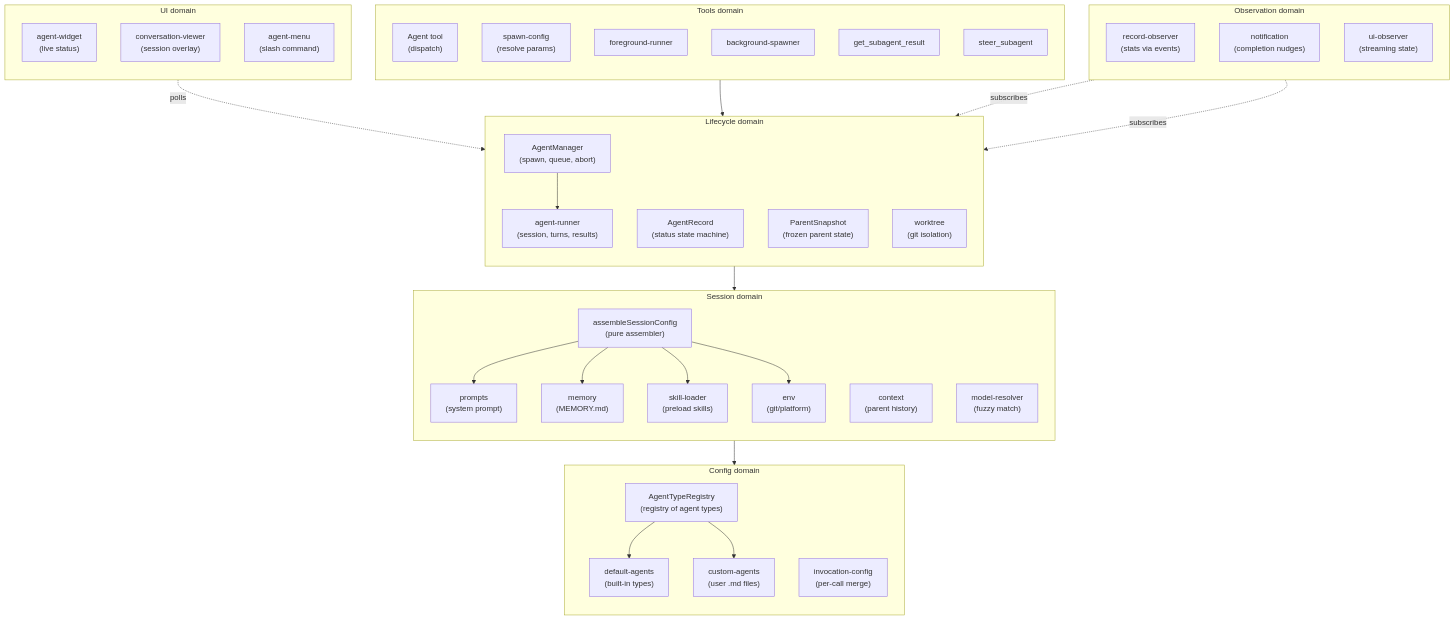
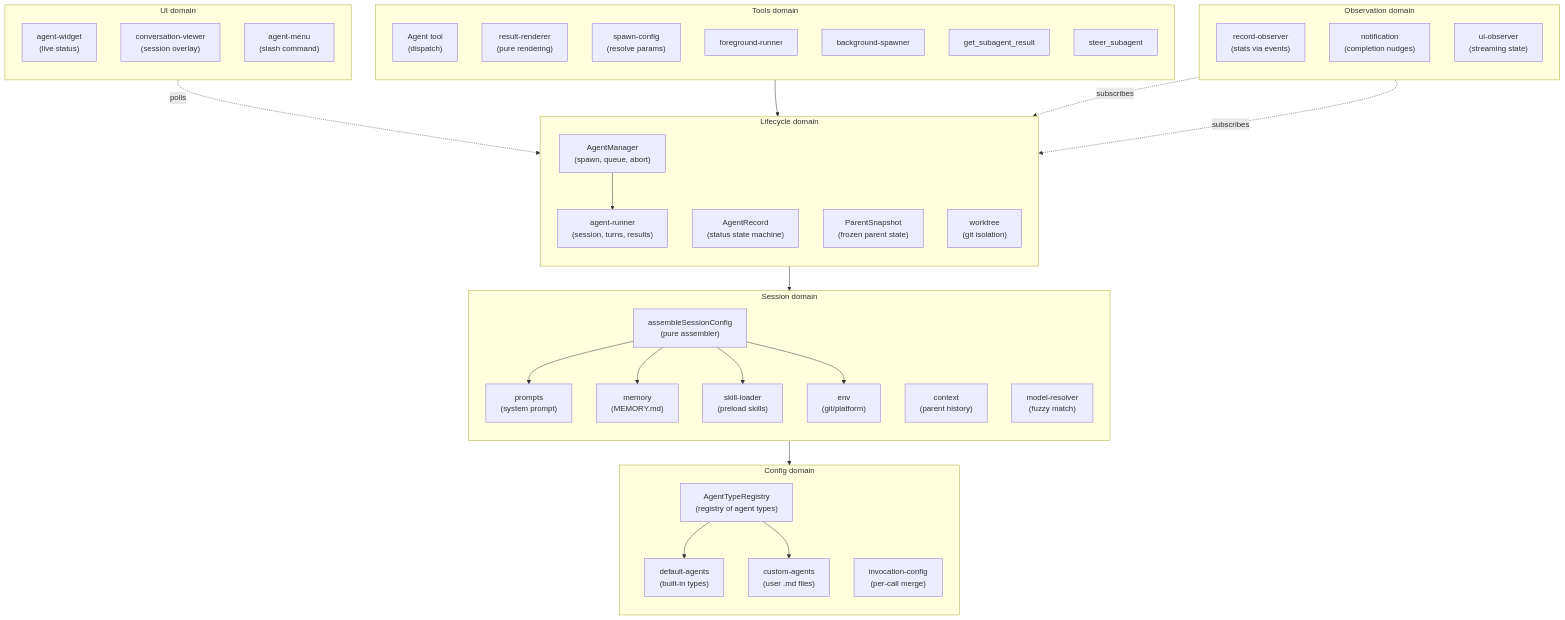
One commit to ttdua/pi-subagents changed the first of 6 diagrams in docs/architecture/architecture.md. Above: the diagram before and after it, drawn with Mermaid. The commit also changed other lines of this file, not shown here.

First line of the commit message:
docs: update architecture and skill for result-renderer (#171)

````diff
--- a/docs/architecture/architecture.md
+++ b/docs/architecture/architecture.md
@@ -30,64 +30,65 @@
 ```mermaid
 flowchart TB
     subgraph config["Config domain"]
         direction TB
         AgentTypeRegistry["AgentTypeRegistry\n(registry of agent types)"]
         DefaultAgents["default-agents\n(built-in types)"]
         CustomAgents["custom-agents\n(user .md files)"]
         InvocationConfig["invocation-config\n(per-call merge)"]
     end
 
     subgraph session["Session domain"]
         direction TB
         SessionConfig["assembleSessionConfig\n(pure assembler)"]
         Prompts["prompts\n(system prompt)"]
         Context["context\n(parent history)"]
         Memory["memory\n(MEMORY.md)"]
         SkillLoader["skill-loader\n(preload skills)"]
         Env["env\n(git/platform)"]
         ModelResolver["model-resolver\n(fuzzy match)"]
     end
 
     subgraph lifecycle["Lifecycle domain"]
         direction TB
         AgentManager["AgentManager\n(spawn, queue, abort)"]
         AgentRunner["agent-runner\n(session, turns, results)"]
         AgentRecord["AgentRecord\n(status state machine)"]
         ParentSnapshot["ParentSnapshot\n(frozen parent state)"]
         Worktree["worktree\n(git isolation)"]
     end
 
     subgraph observation["Observation domain"]
         direction TB
         RecordObserver["record-observer\n(stats via events)"]
         Notification["notification\n(completion nudges)"]
         UIObserver["ui-observer\n(streaming state)"]
     end
 
     subgraph tools["Tools domain"]
         direction TB
         AgentTool["Agent tool\n(dispatch)"]
+        ResultRenderer["result-renderer\n(pure rendering)"]
         SpawnConfig["spawn-config\n(resolve params)"]
         FgRunner["foreground-runner"]
         BgSpawner["background-spawner"]
         GetResult["get_subagent_result"]
         Steer["steer_subagent"]
     end
 
     subgraph ui["UI domain"]
         direction TB
         Widget["agent-widget\n(live status)"]
         ConvViewer["conversation-viewer\n(session overlay)"]
         Menu["agent-menu\n(slash command)"]
     end
 
     AgentTool --> AgentManager
     AgentManager --> AgentRunner
     AgentRunner --> SessionConfig
     SessionConfig --> AgentTypeRegistry
     SessionConfig --> Prompts & Memory & SkillLoader & Env
     AgentTypeRegistry --> DefaultAgents & CustomAgents
     RecordObserver -.->|subscribes| AgentRunner
     UIObserver -.->|subscribes| AgentRunner
     Widget -.->|polls| AgentManager
 ```
````
